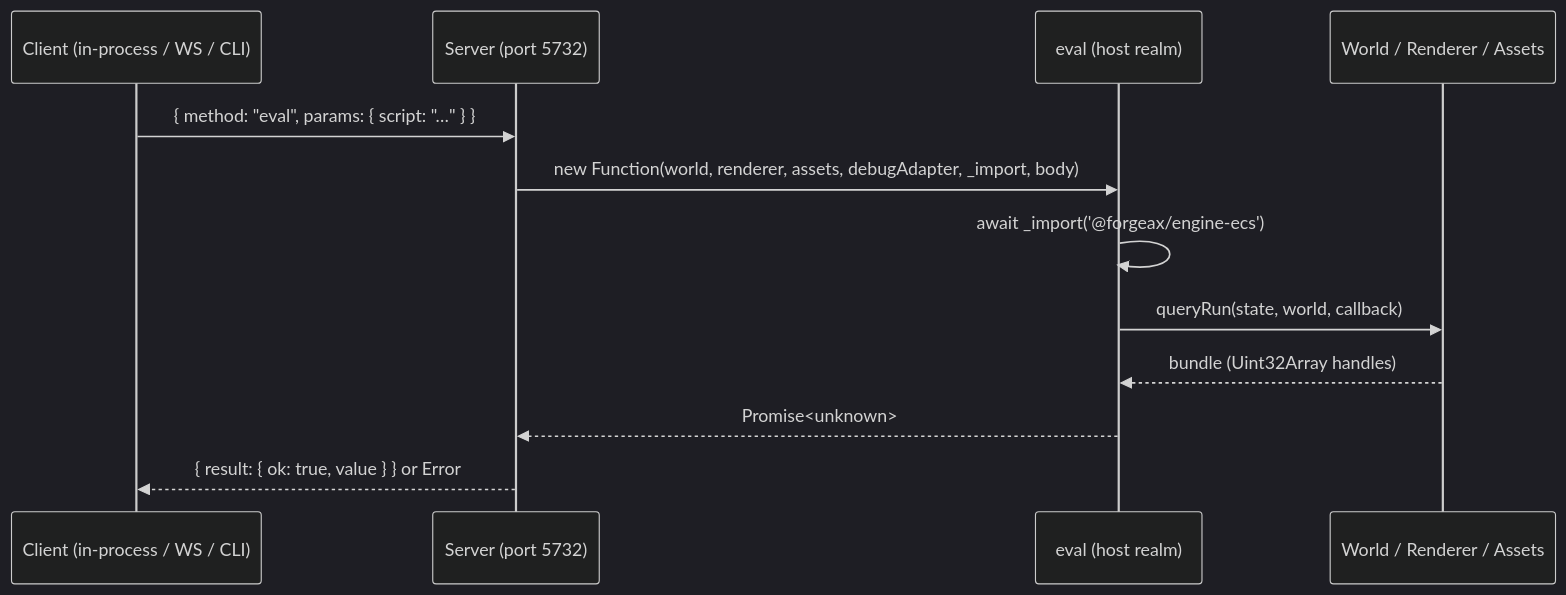
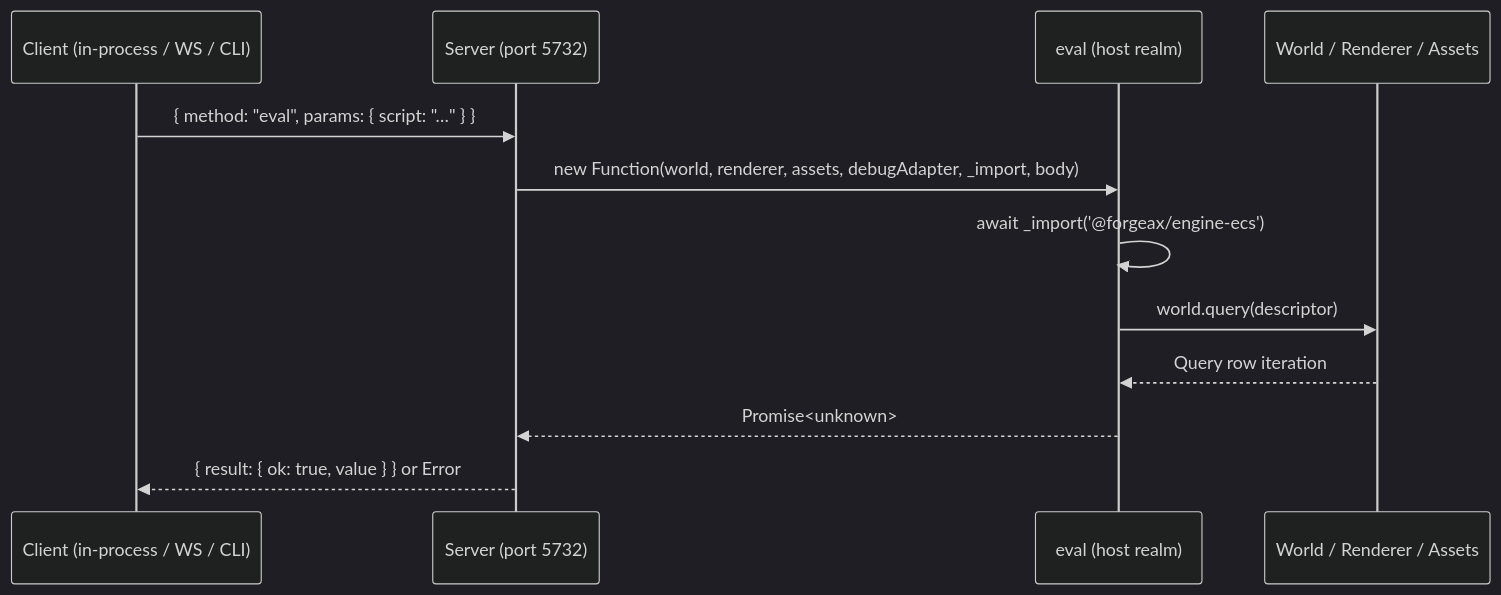
One commit to ForgeaX-Games/forgeax-editor changed the second of 4 diagrams in packages/engine/packages/remote/README.md. Above: the diagram before and after it, drawn with Mermaid (dark theme). The commit also changed other lines of this file and 1374 other files, not shown here.

````diff
--- a/packages/engine/packages/remote/README.md
+++ b/packages/engine/packages/remote/README.md
@@ -25,15 +25,15 @@
 ```mermaid
 sequenceDiagram
     participant C as Client (in-process / WS / CLI)
     participant S as Server (port 5732)
     participant E as eval (host realm)
     participant W as World / Renderer / Assets
 
     C->>S: { method: "eval", params: { script: "…" } }
     S->>E: new Function(world, renderer, assets, debugAdapter, _import, body)
     E->>E: await _import('@forgeax/engine-ecs')
-    E->>W: queryRun(state, world, callback)
-    W-->>E: bundle (Uint32Array handles)
+    E->>W: world.query(descriptor)
+    W-->>E: Query row iteration
     E-->>S: Promise<unknown>
     S-->>C: { result: { ok: true, value } } or Error
 ```
````
